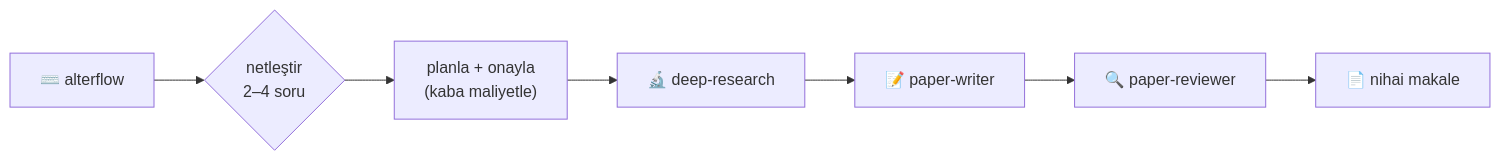
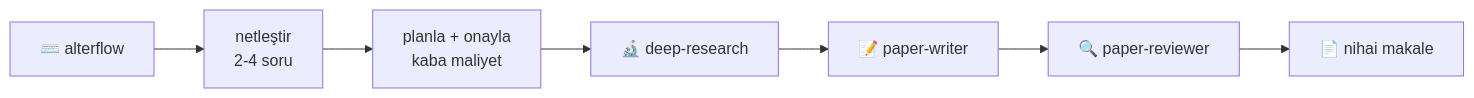
The diagram in README.tr-TR.md (AlterLab-IEU/AlterLab-Academic-Skills), drawn with Mermaid before and after one commit. The commit also changed 1 other file, not shown here.

Commit message:
docs: harden the alterflow mermaid diagram for GitHub/older renderers
The Orchestrate-mode flowchart used a decision-diamond node with a quoted
`<br/>` label plus a Unicode en-dash (2–4) and parenthesised text — a combination
that renders in current mermaid but fails on GitHub's/older mermaid builds. Switch
the clarify step to a plain rectangle (the flow is linear — no branch — so a
decision diamond was misleading), use `<br>`, an ASCII hyphen (2-4), and drop the
parentheses. Rendered headless to confirm it parses and draws (mermaid 11 → OK).
Applied to both README.md and README.tr-TR.md.

Claude-Session: https://claude.ai/code/session_01AzJePnAgYfvog4jR8qECSw

````diff
--- a/README.tr-TR.md
+++ b/README.tr-TR.md
@@ -112,9 +112,9 @@
 ```mermaid
 flowchart LR
-    A["⌨️ alterflow"] --> Q{"netleştir<br/>2–4 soru"}
-    Q --> P["planla + onayla<br/>(kaba maliyetle)"]
+    A["⌨️ alterflow"] --> Q["netleştir<br>2-4 soru"]
+    Q --> P["planla + onayla<br>kaba maliyet"]
     P --> R["🔬 deep-research"]
     R --> W["📝 paper-writer"]
     W --> V["🔍 paper-reviewer"]
     V --> F["📄 nihai makale"]
 ```
````
